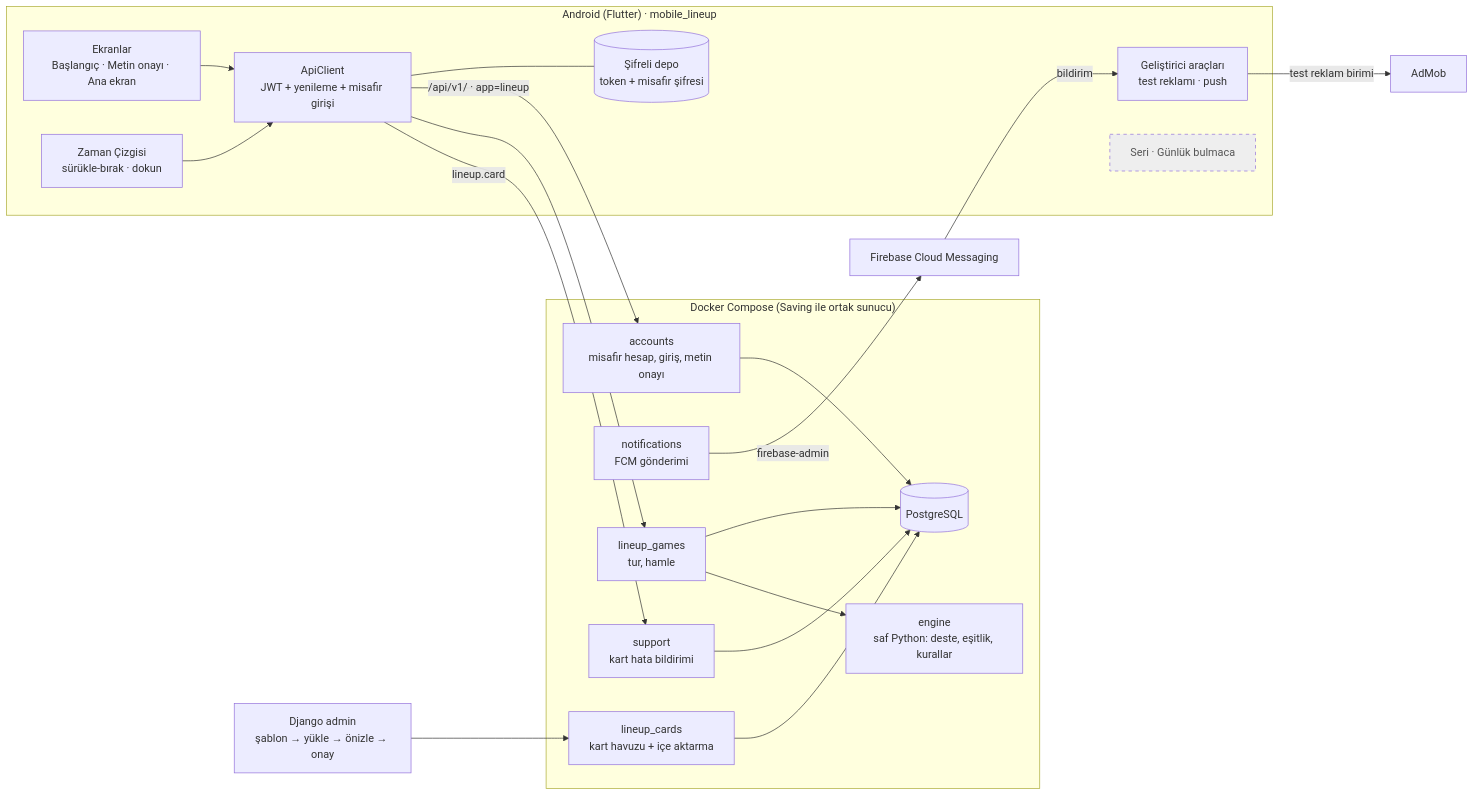
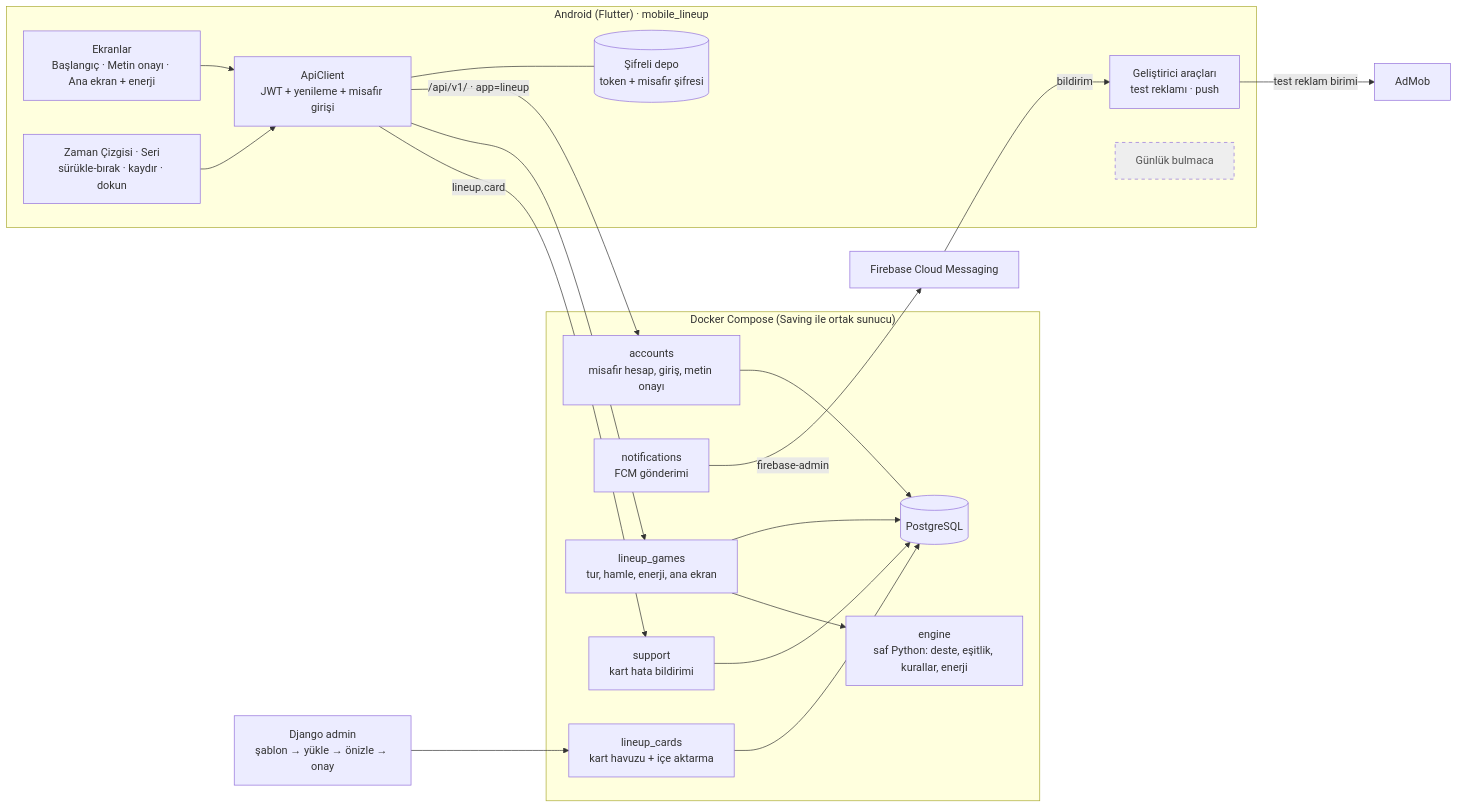
One commit to anilcelik0/saving changed the first of 5 diagrams in docs/FLOW_lineup.md. Above: the diagram before and after it, drawn with Mermaid. The commit also changed other lines of this file and 13 other files, not shown here.

````diff
--- a/docs/FLOW_lineup.md
+++ b/docs/FLOW_lineup.md
@@ -12,40 +12,40 @@
 ```mermaid
 flowchart LR
     subgraph Mobil["Android (Flutter) · mobile_lineup"]
-        UI[Ekranlar<br/>Başlangıç · Metin onayı · Ana ekran]
+        UI[Ekranlar<br/>Başlangıç · Metin onayı · Ana ekran + enerji]
         DEV[Geliştirici araçları<br/>test reklamı · push]
-        MODES[Zaman Çizgisi<br/>sürükle-bırak · dokun]
-        LATER[Seri · Günlük bulmaca]
+        MODES[Zaman Çizgisi · Seri<br/>sürükle-bırak · kaydır · dokun]
+        LATER[Günlük bulmaca]
         API[ApiClient<br/>JWT + yenileme + misafir girişi]
         STORE[(Şifreli depo<br/>token + misafir şifresi)]
         UI --> API
         MODES --> API
         API --- STORE
     end
 
     subgraph Sunucu["Docker Compose (Saving ile ortak sunucu)"]
         ACC[accounts<br/>misafir hesap, giriş, metin onayı]
         NOTIF[notifications<br/>FCM gönderimi]
         CARDS[lineup_cards<br/>kart havuzu + içe aktarma]
-        GAMES[lineup_games<br/>tur, hamle]
-        ENGINE[engine<br/>saf Python: deste, eşitlik, kurallar]
+        GAMES[lineup_games<br/>tur, hamle, enerji, ana ekran]
+        ENGINE[engine<br/>saf Python: deste, eşitlik, kurallar, enerji]
         SUP[support<br/>kart hata bildirimi]
         DB[(PostgreSQL)]
         ACC --> DB
         CARDS --> DB
         GAMES --> DB
         GAMES --> ENGINE
         SUP --> DB
     end
 
     API -->|/api/v1/ · app=lineup| ACC
     API --> GAMES
     API -->|lineup.card| SUP
     NOTIF -->|firebase-admin| FCM[Firebase Cloud Messaging]
     FCM -->|bildirim| DEV
     DEV -->|test reklam birimi| ADMOB[AdMob]
     ADM[Django admin<br/>şablon → yükle → önizle → onay] --> CARDS
 
     classDef planned stroke-dasharray: 5 5,fill:#eee,color:#555
     class LATER planned
 ```
````
